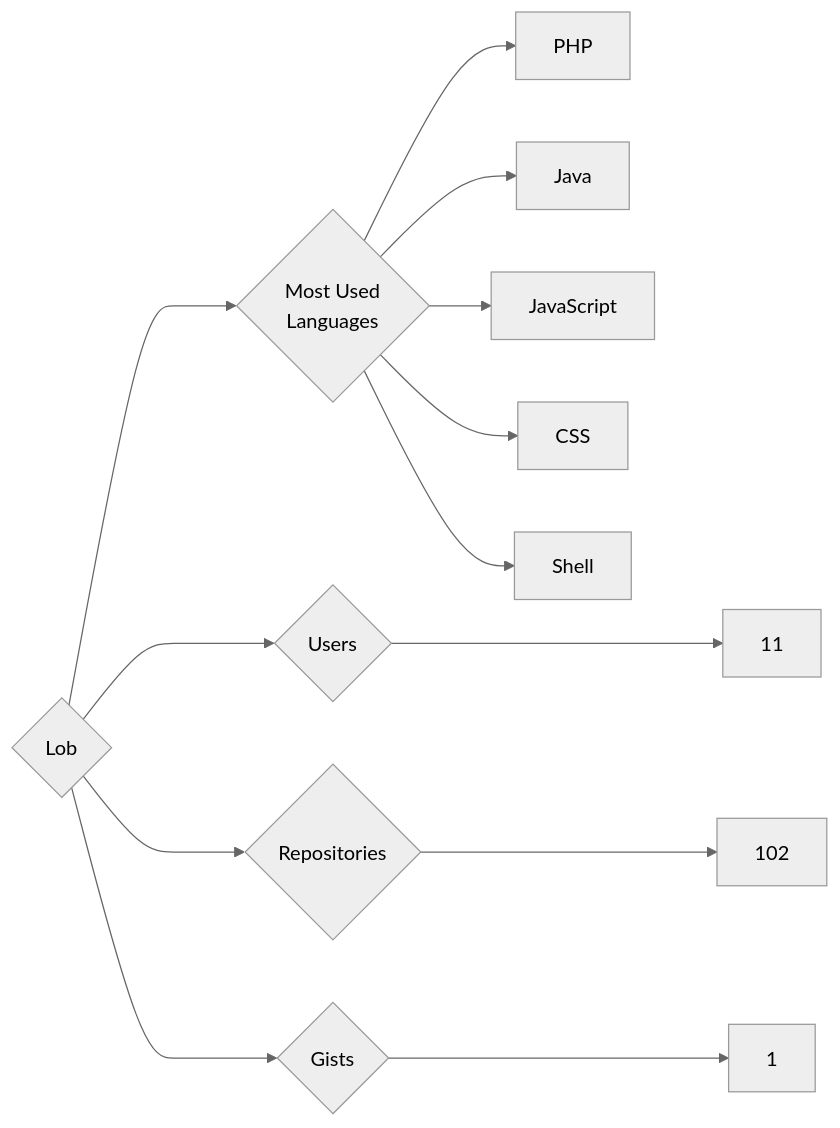
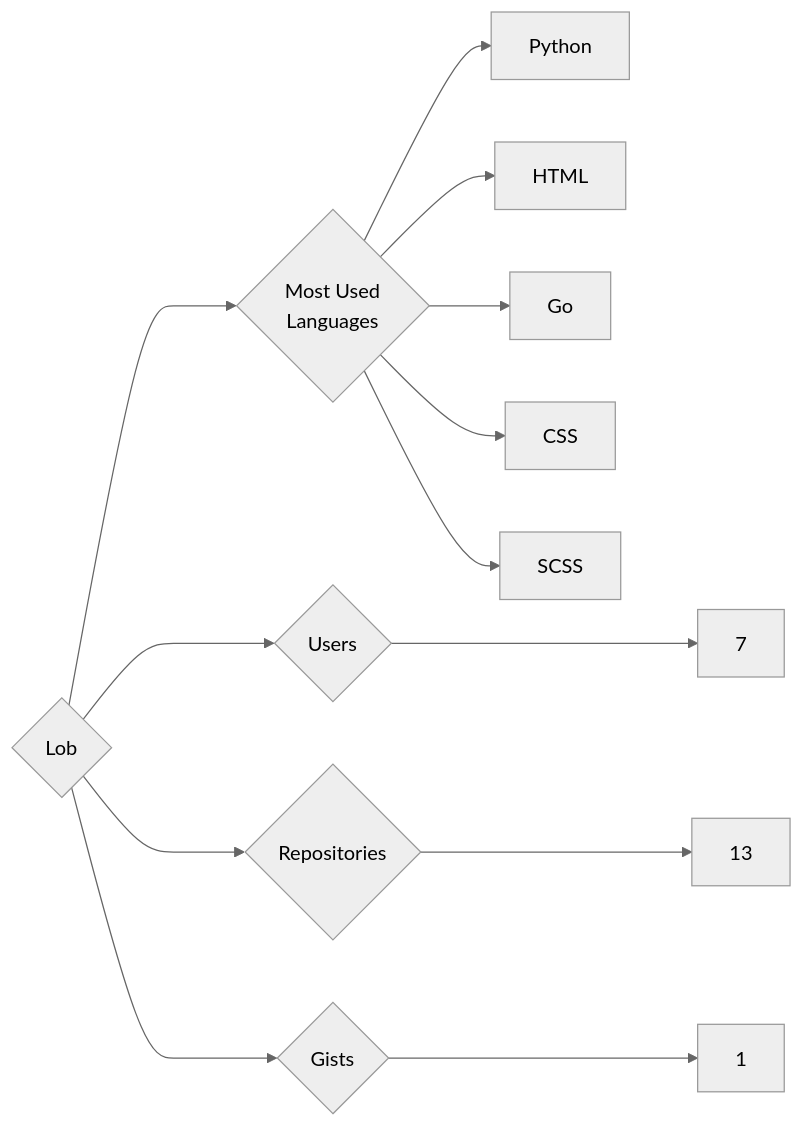
Before and after one commit to trickest/insiders: the diagram in targets/Lob/README.md, drawn with Mermaid (neutral theme). The commit also changed 1084 other files, not shown here.

````diff
--- a/targets/Lob/README.md
+++ b/targets/Lob/README.md
@@ -3,13 +3,13 @@
 ```mermaid
 graph LR
 COMPANY_NAME{Lob}
-COMPANY_NAME ---> U{Users} ---> UN[11]
-COMPANY_NAME ---> R{Repositories} ---> RN[102]
+COMPANY_NAME ---> U{Users} ---> UN[7]
+COMPANY_NAME ---> R{Repositories} ---> RN[13]
 COMPANY_NAME ---> G{Gists} ---> GN[1]
 COMPANY_NAME ---> ML{Most Used<br>Languages}
-ML --> PHP[PHP]
-ML --> Java[Java]
-ML --> JavaScript[JavaScript]
+ML --> Python[Python]
+ML --> HTML[HTML]
+ML --> Go[Go]
 ML --> CSS[CSS]
-ML --> Shell[Shell]
+ML --> SCSS[SCSS]
 ```
````
